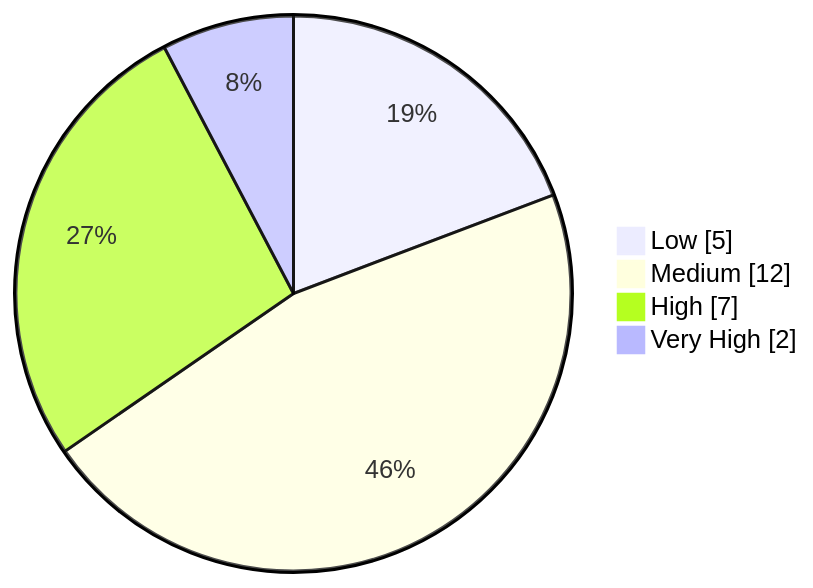
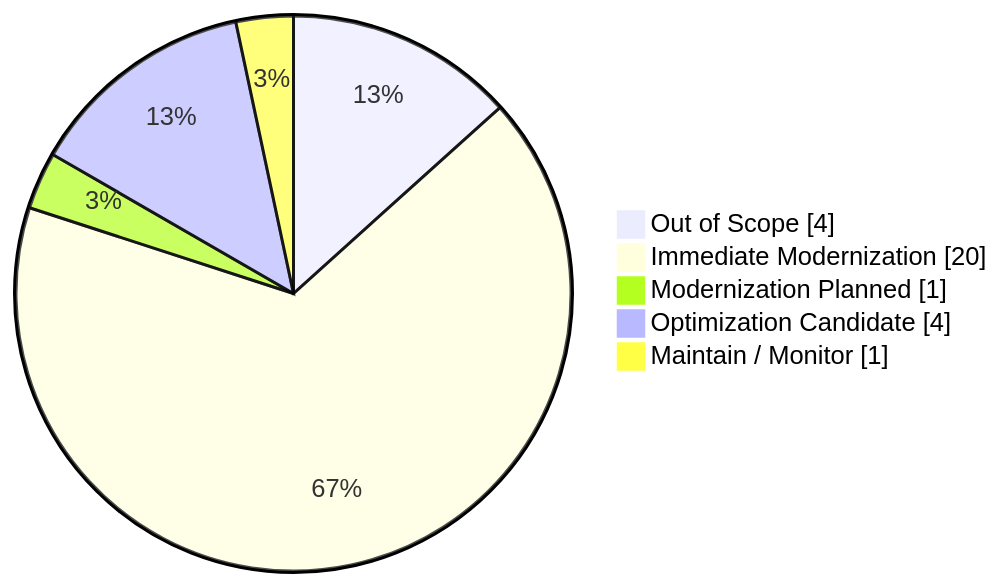
One commit to ktruchcz/copilot-test-ktruchcz changed the first of 2 diagrams in output/reports/portfolio_report.md. Above: the diagram before and after it, drawn with Mermaid. The commit also changed other lines of this file and 195 other files, not shown here.

````diff
--- a/output/reports/portfolio_report.md
+++ b/output/reports/portfolio_report.md
@@ -12,7 +11,8 @@
 ```mermaid
 pie showData
-    "Low" : 5
-    "Medium" : 12
-    "High" : 7
-    "Very High" : 2
+    "Out of Scope" : 4
+    "Immediate Modernization" : 20
+    "Modernization Planned" : 1
+    "Optimization Candidate" : 4
+    "Maintain / Monitor" : 1
 ```
````
